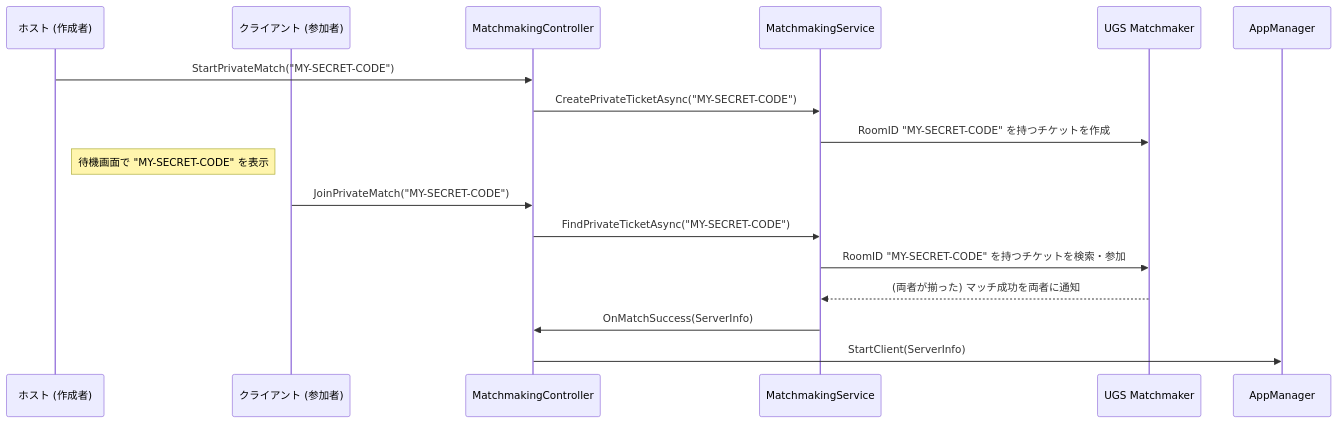
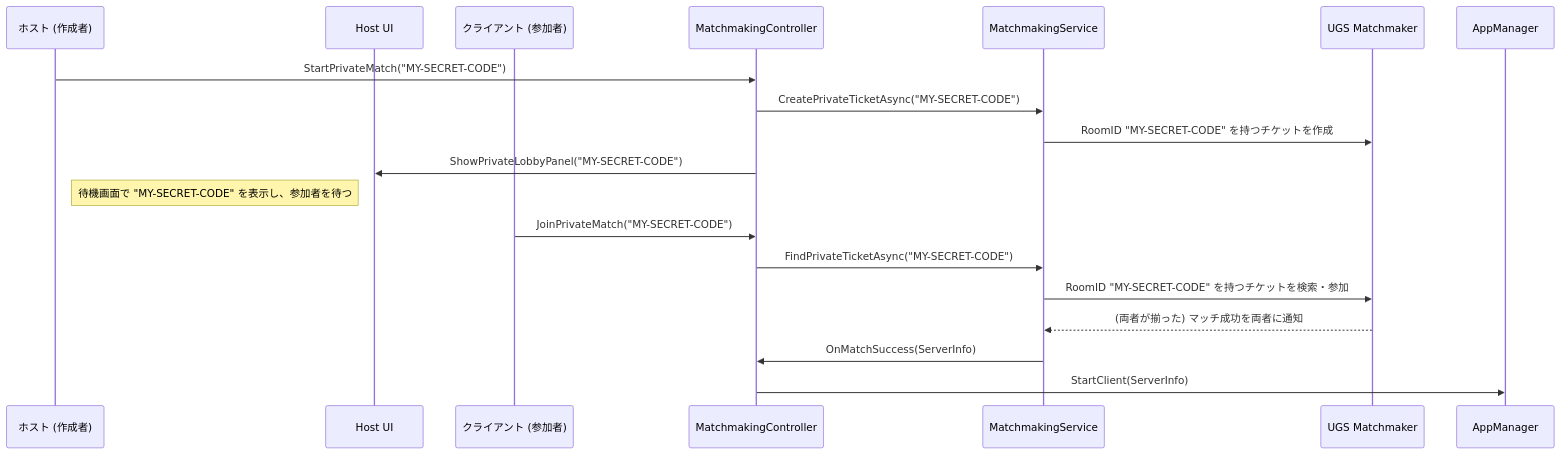
The third of 3 diagrams in Assets/_Project/Features/Core/Matchmaking/Matchmaking-Design.md (C4P3/TypingSurvivor), drawn with Mermaid before and after one commit. The commit also changed 1 other file, not shown here.

Commit message:
ドキュメント

````diff
--- a/Assets/_Project/Features/Core/Matchmaking/Matchmaking-Design.md
+++ b/Assets/_Project/Features/Core/Matchmaking/Matchmaking-Design.md
@@ -128,21 +128,24 @@
 ```mermaid
 sequenceDiagram
     participant Host as ホスト (作成者)
+    participant HostUI as Host UI
     participant Client as クライアント (参加者)
     participant Controller as MatchmakingController
     participant Service as MatchmakingService
     participant UGS as UGS Matchmaker
 
     Host->>Controller: StartPrivateMatch("MY-SECRET-CODE")
     Controller->>Service: CreatePrivateTicketAsync("MY-SECRET-CODE")
     Service->>UGS: RoomID "MY-SECRET-CODE" を持つチケットを作成
-    note right of Host: 待機画面で "MY-SECRET-CODE" を表示
+    
+    Controller->>HostUI: ShowPrivateLobbyPanel("MY-SECRET-CODE")
+    note right of Host: 待機画面で "MY-SECRET-CODE" を表示し、参加者を待つ
 
     Client->>Controller: JoinPrivateMatch("MY-SECRET-CODE")
     Controller->>Service: FindPrivateTicketAsync("MY-SECRET-CODE")
     Service->>UGS: RoomID "MY-SECRET-CODE" を持つチケットを検索・参加
     
     UGS-->>Service: (両者が揃った) マッチ成功を両者に通知
     Service->>Controller: OnMatchSuccess(ServerInfo)
     Controller->>AppManager: StartClient(ServerInfo)
 ```
````
